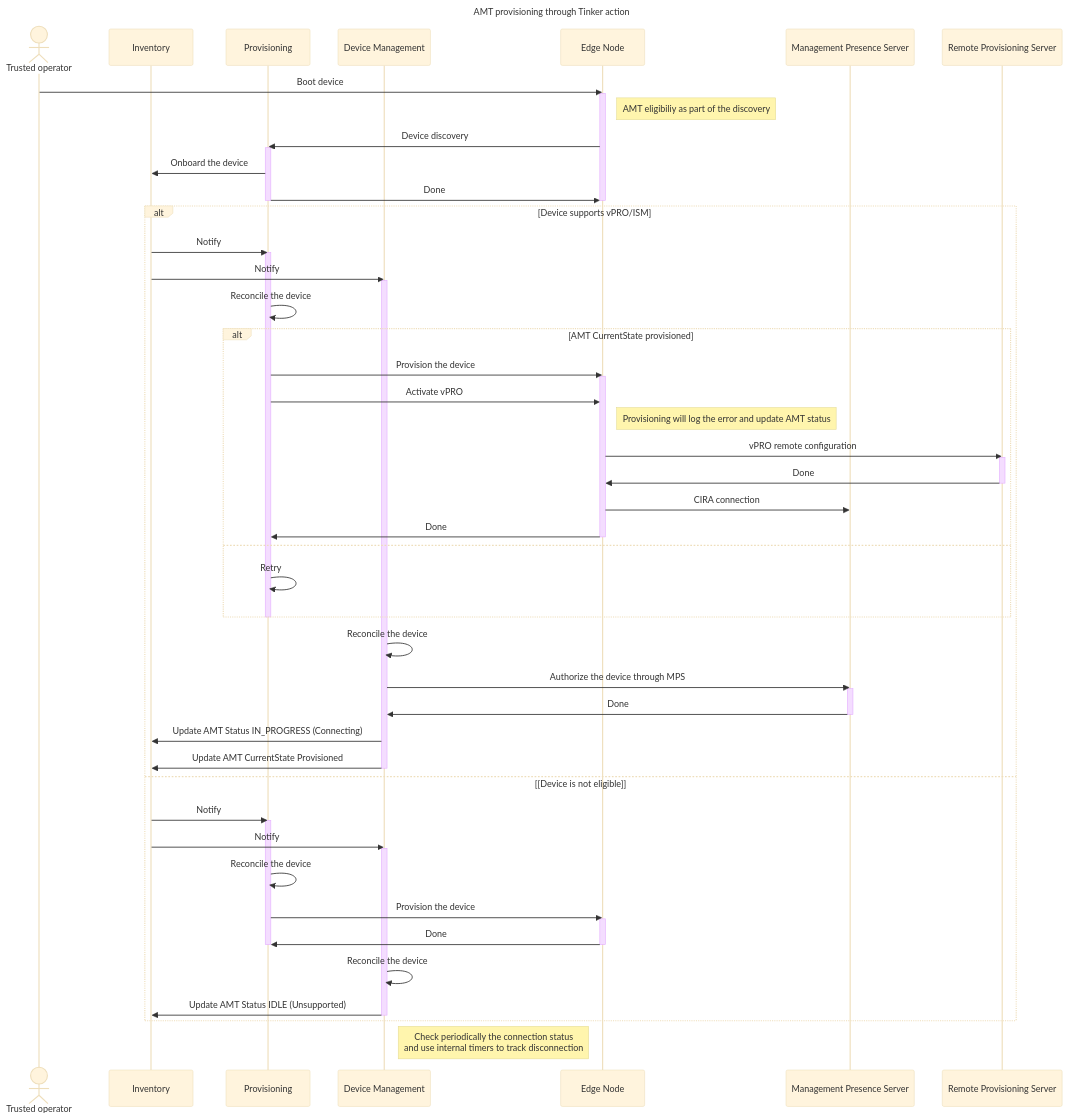
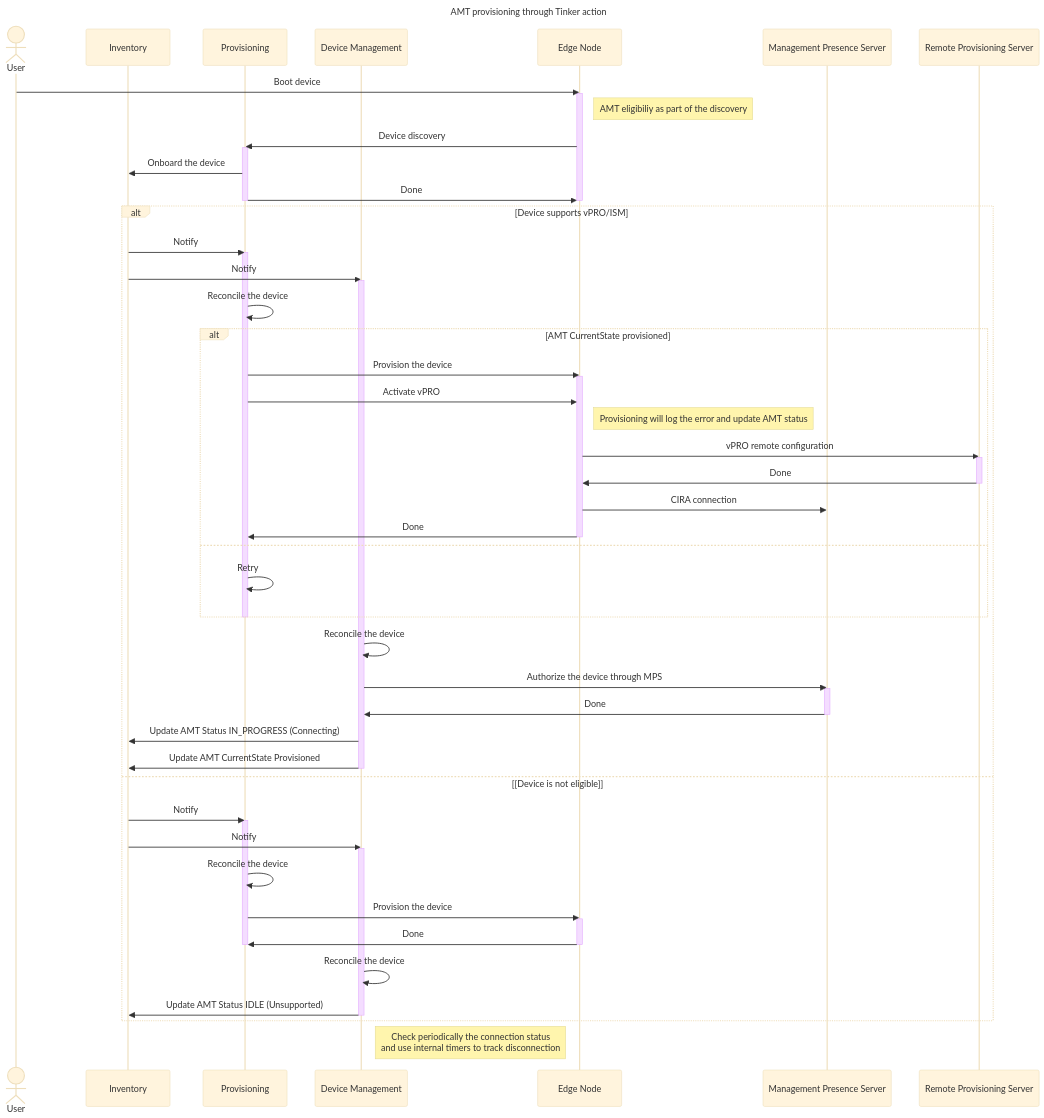
The diagram in design-proposals/vpro-device.md (open-edge-platform/edge-manageability-framework), drawn with Mermaid (base theme) before and after one commit. The commit also changed other lines of this file, not shown here.

````diff
--- a/design-proposals/vpro-device.md
+++ b/design-proposals/vpro-device.md
@@ -52,66 +52,66 @@
 ```mermaid
 sequenceDiagram
     title AMT provisioning through Tinker action
-    actor to as Trusted operator
+    actor us as User
     participant inv as Inventory
     participant ps as Provisioning
     participant dm as Device Management
     participant en as Edge Node
     participant mps as Management Presence Server
     participant rps as Remote Provisioning Server
-    to ->> en: Boot device
+    us ->> en: Boot device
     activate en
     Note right of en: AMT eligibiliy as part of the discovery
     en ->> ps: Device discovery
     activate ps
     ps ->> inv: Onboard the device
     ps ->> en: Done
     deactivate ps
     deactivate en
     alt Device supports vPRO/ISM
         inv ->> ps: Notify
         activate ps
         inv ->> dm: Notify
         activate dm
         ps ->> ps: Reconcile the device
         alt AMT CurrentState provisioned
             ps ->> en: Provision the device
             activate en
             ps ->> en: Activate vPRO
             Note right of en: Provisioning will log the error and update AMT status
             en ->> rps: vPRO remote configuration
             activate rps
             rps ->> en: Done
             deactivate rps
             en ->> mps: CIRA connection
             en ->> ps: Done
             deactivate en
         else
             ps ->> ps: Retry
         end
         deactivate ps
         dm ->> dm: Reconcile the device
         dm ->> mps: Authorize the device through MPS
         activate mps
         mps ->> dm: Done
         deactivate mps
         dm ->> inv: Update AMT Status IN_PROGRESS (Connecting)
         dm ->> inv: Update AMT CurrentState Provisioned
         deactivate dm
     else [Device is not eligible]
         inv ->> ps: Notify
         activate ps
         inv ->> dm: Notify
         activate dm
         ps ->> ps: Reconcile the device
         ps ->> en: Provision the device
         activate en
         en ->> ps: Done
         deactivate en
         deactivate ps
         dm ->> dm: Reconcile the device
         dm ->> inv: Update AMT Status IDLE (Unsupported)
         deactivate dm
     end
     Note right of dm: Check periodically the connection status<br>and use internal timers to track disconnection
 ```
````
